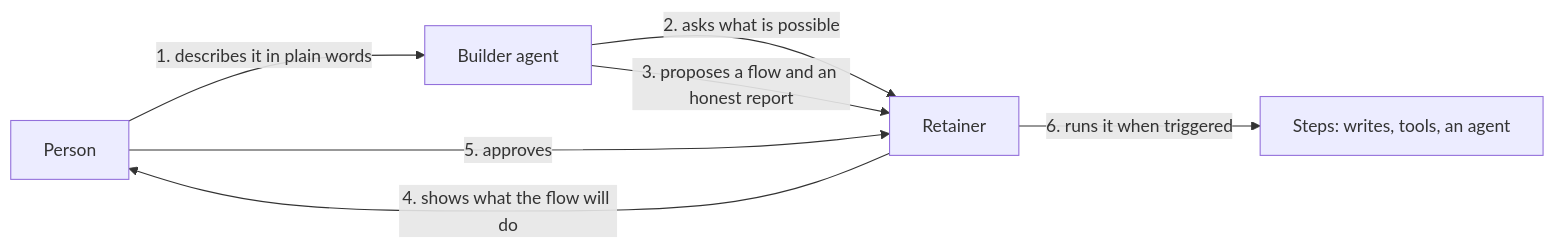
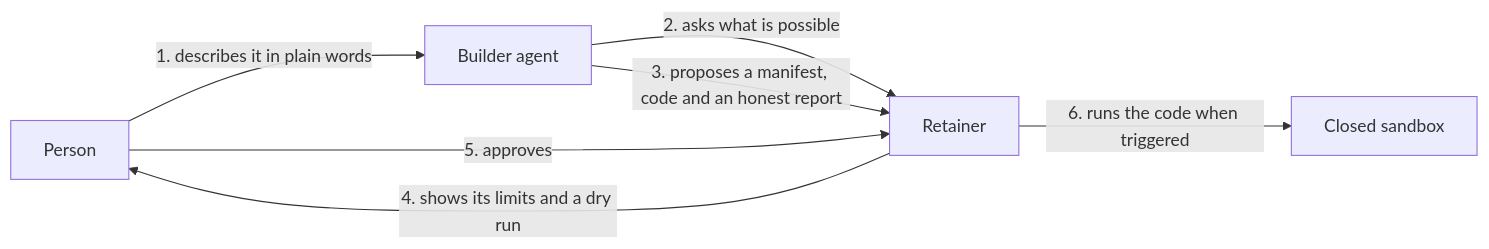
One commit to Tamloot-cc/Retainer changed the first of 5 diagrams in docs/specs/routines.md. Above: the diagram before and after it, drawn with Mermaid. The commit also changed other lines of this file, not shown here.

First line of the commit message:
Rewrite the Routines spec: a routine is TypeScript code

````diff
--- a/docs/specs/routines.md
+++ b/docs/specs/routines.md
@@ -47,9 +50,9 @@
 ```mermaid
 flowchart LR
   P["Person"] -->|"1. describes it in plain words"| B["Builder agent"]
   B -->|"2. asks what is possible"| R["Retainer"]
-  B -->|"3. proposes a flow and an honest report"| R
-  R -->|"4. shows what the flow will do"| P
+  B -->|"3. proposes a manifest, code and an honest report"| R
+  R -->|"4. shows its limits and a dry run"| P
   P -->|"5. approves"| R
-  R -->|"6. runs it when triggered"| S["Steps: writes, tools, an agent"]
+  R -->|"6. runs the code when triggered"| S["Closed sandbox"]
 ```
````
